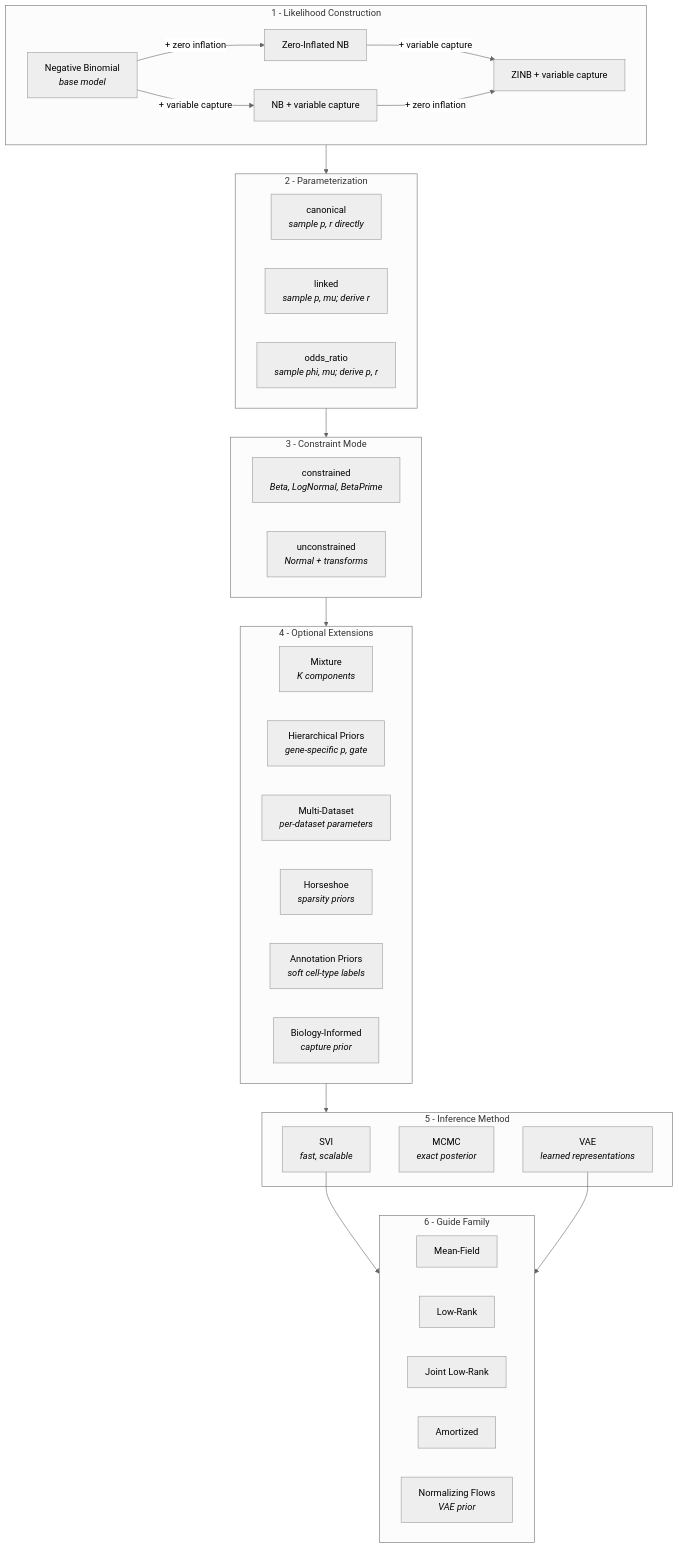
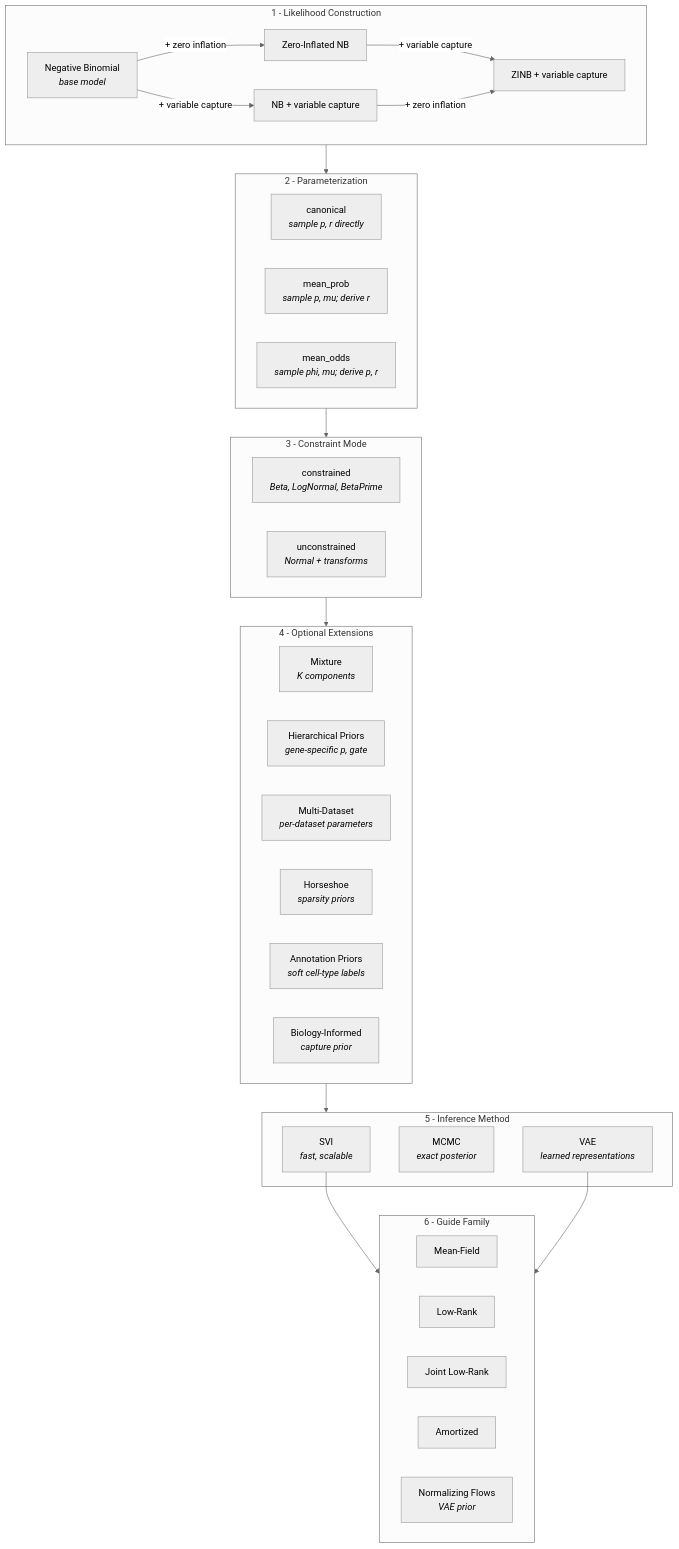
The diagram in docs/index.md (mrazomej/scribe), drawn with Mermaid (neutral theme) before and after one commit. The commit also changed other lines of this file and 3 other files, not shown here.

````diff
--- a/docs/index.md
+++ b/docs/index.md
@@ -106,54 +106,54 @@
 ```mermaid
 graph TD
     subgraph likelihood ["1 - Likelihood Construction"]
         NB["Negative Binomial<br/><i>base model</i>"]
         ZINB["Zero-Inflated NB"]
         NBcapture["NB + variable capture"]
         ZINBcapture["ZINB + variable capture"]
         NB -->|"+ zero inflation"| ZINB
         NB -->|"+ variable capture"| NBcapture
         ZINB -->|"+ variable capture"| ZINBcapture
         NBcapture -->|"+ zero inflation"| ZINBcapture
     end
 
     subgraph parameterization ["2 - Parameterization"]
         canonical["canonical<br/><i>sample p, r directly</i>"]
-        linked["linked<br/><i>sample p, mu; derive r</i>"]
-        oddsRatio["odds_ratio<br/><i>sample phi, mu; derive p, r</i>"]
+        meanProbs["mean_prob<br/><i>sample p, mu; derive r</i>"]
+        meanOdds["mean_odds<br/><i>sample phi, mu; derive p, r</i>"]
     end
 
     subgraph constraint ["3 - Constraint Mode"]
         constrained["constrained<br/><i>Beta, LogNormal, BetaPrime</i>"]
         unconstr["unconstrained<br/><i>Normal + transforms</i>"]
     end
 
     subgraph extensions ["4 - Optional Extensions"]
         mixture["Mixture<br/><i>K components</i>"]
         hierarchical["Hierarchical Priors<br/><i>gene-specific p, gate</i>"]
         multiDataset["Multi-Dataset<br/><i>per-dataset parameters</i>"]
         horseshoe["Horseshoe<br/><i>sparsity priors</i>"]
         annotationPrior["Annotation Priors<br/><i>soft cell-type labels</i>"]
         bioCap["Biology-Informed<br/><i>capture prior</i>"]
     end
 
     subgraph infer ["5 - Inference Method"]
         SVI_node["SVI<br/><i>fast, scalable</i>"]
         MCMC_node["MCMC<br/><i>exact posterior</i>"]
         VAE_node["VAE<br/><i>learned representations</i>"]
     end
 
     subgraph guide ["6 - Guide Family"]
         meanField["Mean-Field"]
         lowRank["Low-Rank"]
         jointLowRank["Joint Low-Rank"]
         amortized["Amortized"]
         flows["Normalizing Flows<br/><i>VAE prior</i>"]
     end
 
     likelihood --> parameterization
     parameterization --> constraint
     constraint --> extensions
     extensions --> infer
     SVI_node --> guide
     VAE_node --> guide
 ```
````
